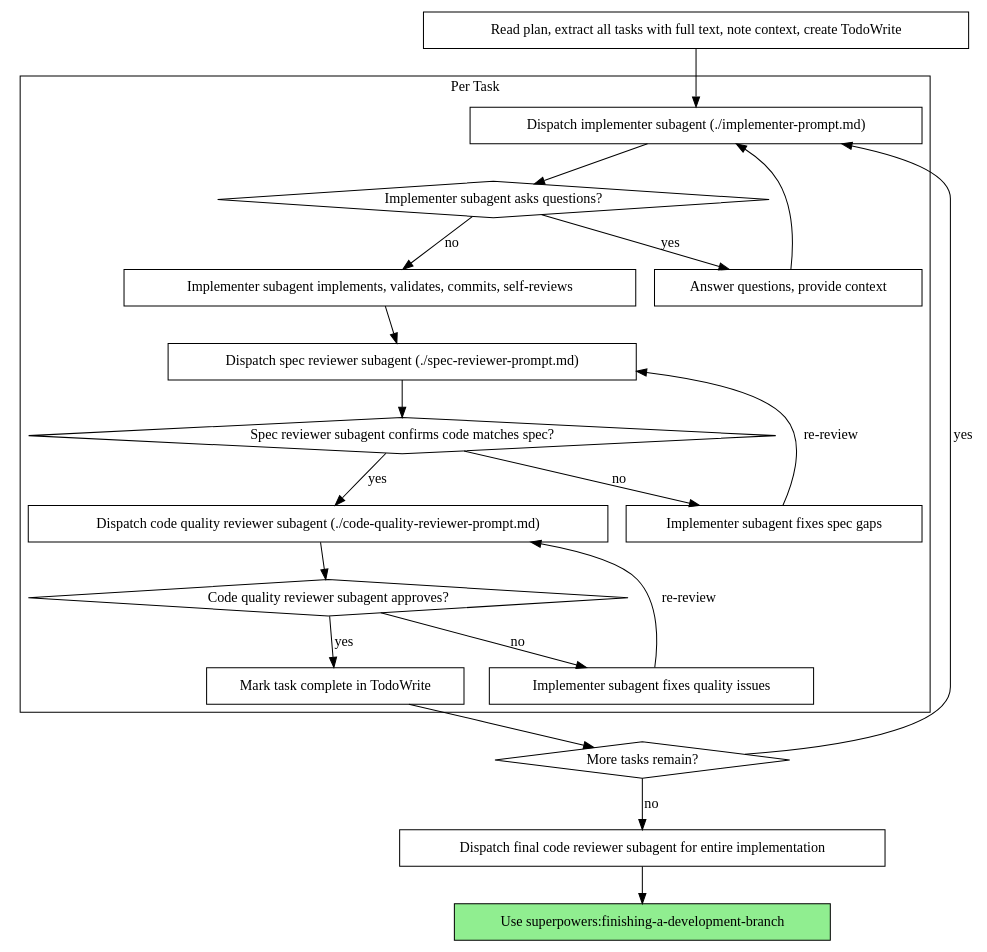
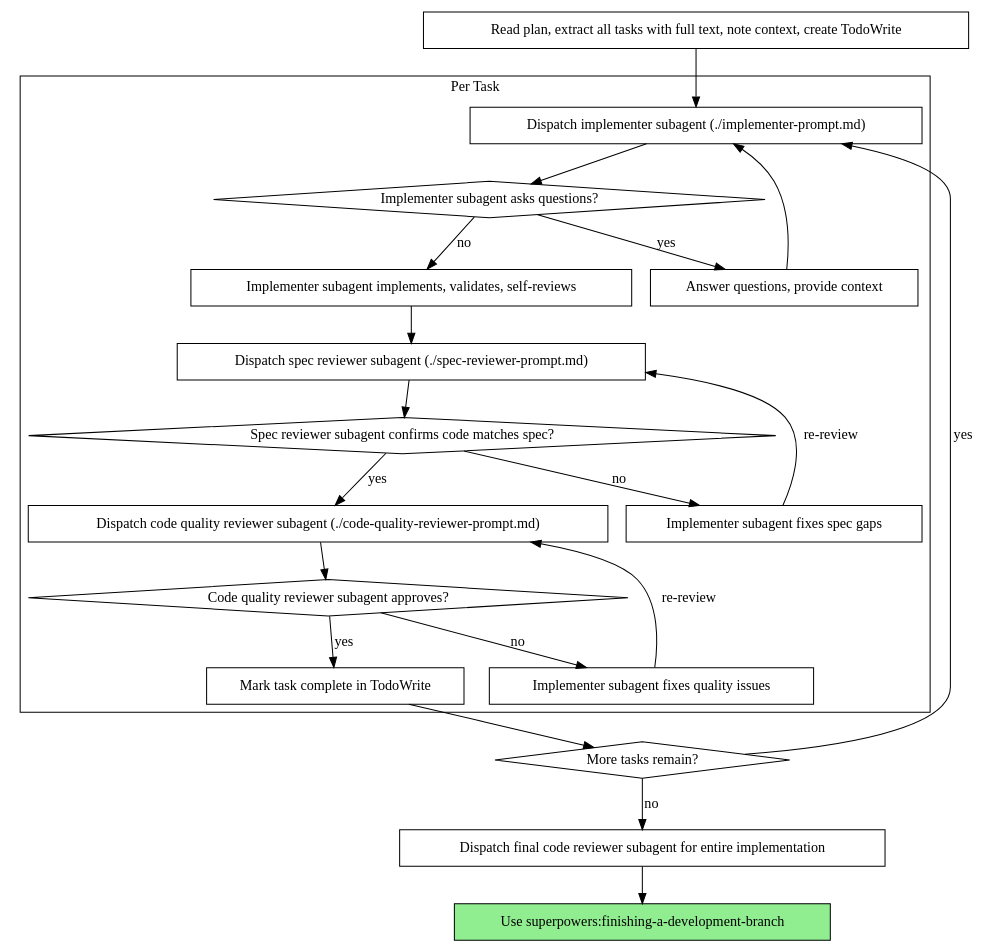
One commit to ZaitBr-bit/superpowers changed the second of 2 diagrams in skills/subagent-driven-development/SKILL.md. Above: the diagram before and after it, drawn with Graphviz. The commit also changed other lines of this file and 7 other files, not shown here.

````diff
--- a/skills/subagent-driven-development/SKILL.md
+++ b/skills/subagent-driven-development/SKILL.md
@@ -44,44 +44,44 @@
 ```dot
 digraph process {
     rankdir=TB;
 
     subgraph cluster_per_task {
         label="Per Task";
         "Dispatch implementer subagent (./implementer-prompt.md)" [shape=box];
         "Implementer subagent asks questions?" [shape=diamond];
         "Answer questions, provide context" [shape=box];
-        "Implementer subagent implements, validates, commits, self-reviews" [shape=box];
+        "Implementer subagent implements, validates, self-reviews" [shape=box];
         "Dispatch spec reviewer subagent (./spec-reviewer-prompt.md)" [shape=box];
         "Spec reviewer subagent confirms code matches spec?" [shape=diamond];
         "Implementer subagent fixes spec gaps" [shape=box];
         "Dispatch code quality reviewer subagent (./code-quality-reviewer-prompt.md)" [shape=box];
         "Code quality reviewer subagent approves?" [shape=diamond];
         "Implementer subagent fixes quality issues" [shape=box];
         "Mark task complete in TodoWrite" [shape=box];
     }
 
     "Read plan, extract all tasks with full text, note context, create TodoWrite" [shape=box];
     "More tasks remain?" [shape=diamond];
     "Dispatch final code reviewer subagent for entire implementation" [shape=box];
     "Use superpowers:finishing-a-development-branch" [shape=box style=filled fillcolor=lightgreen];
 
     "Read plan, extract all tasks with full text, note context, create TodoWrite" -> "Dispatch implementer subagent (./implementer-prompt.md)";
     "Dispatch implementer subagent (./implementer-prompt.md)" -> "Implementer subagent asks questions?";
     "Implementer subagent asks questions?" -> "Answer questions, provide context" [label="yes"];
     "Answer questions, provide context" -> "Dispatch implementer subagent (./implementer-prompt.md)";
-    "Implementer subagent asks questions?" -> "Implementer subagent implements, validates, commits, self-reviews" [label="no"];
-    "Implementer subagent implements, validates, commits, self-reviews" -> "Dispatch spec reviewer subagent (./spec-reviewer-prompt.md)";
+    "Implementer subagent asks questions?" -> "Implementer subagent implements, validates, self-reviews" [label="no"];
+    "Implementer subagent implements, validates, self-reviews" -> "Dispatch spec reviewer subagent (./spec-reviewer-prompt.md)";
     "Dispatch spec reviewer subagent (./spec-reviewer-prompt.md)" -> "Spec reviewer subagent confirms code matches spec?";
     "Spec reviewer subagent confirms code matches spec?" -> "Implementer subagent fixes spec gaps" [label="no"];
     "Implementer subagent fixes spec gaps" -> "Dispatch spec reviewer subagent (./spec-reviewer-prompt.md)" [label="re-review"];
     "Spec reviewer subagent confirms code matches spec?" -> "Dispatch code quality reviewer subagent (./code-quality-reviewer-prompt.md)" [label="yes"];
     "Dispatch code quality reviewer subagent (./code-quality-reviewer-prompt.md)" -> "Code quality reviewer subagent approves?";
     "Code quality reviewer subagent approves?" -> "Implementer subagent fixes quality issues" [label="no"];
     "Implementer subagent fixes quality issues" -> "Dispatch code quality reviewer subagent (./code-quality-reviewer-prompt.md)" [label="re-review"];
     "Code quality reviewer subagent approves?" -> "Mark task complete in TodoWrite" [label="yes"];
     "Mark task complete in TodoWrite" -> "More tasks remain?";
     "More tasks remain?" -> "Dispatch implementer subagent (./implementer-prompt.md)" [label="yes"];
     "More tasks remain?" -> "Dispatch final code reviewer subagent for entire implementation" [label="no"];
     "Dispatch final code reviewer subagent for entire implementation" -> "Use superpowers:finishing-a-development-branch";
 }
 ```
````
